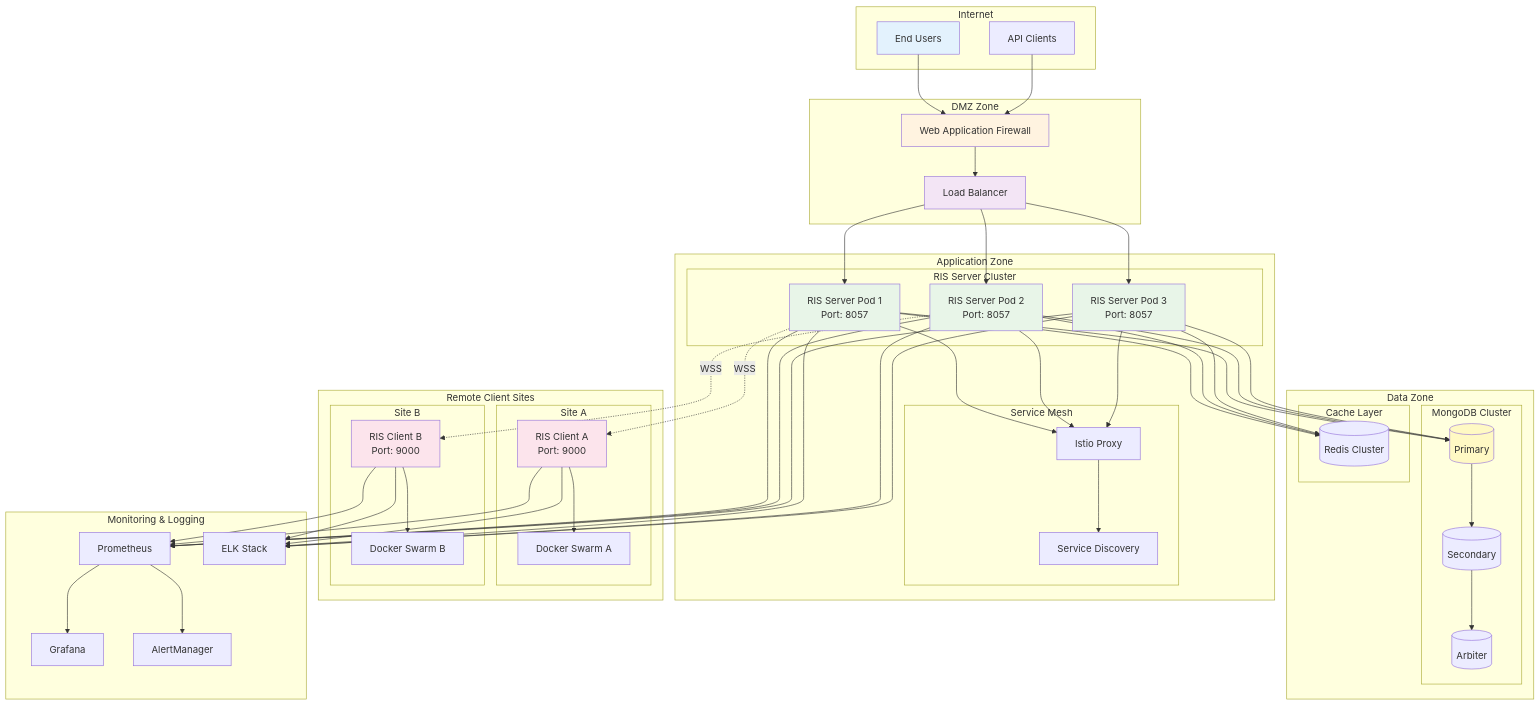
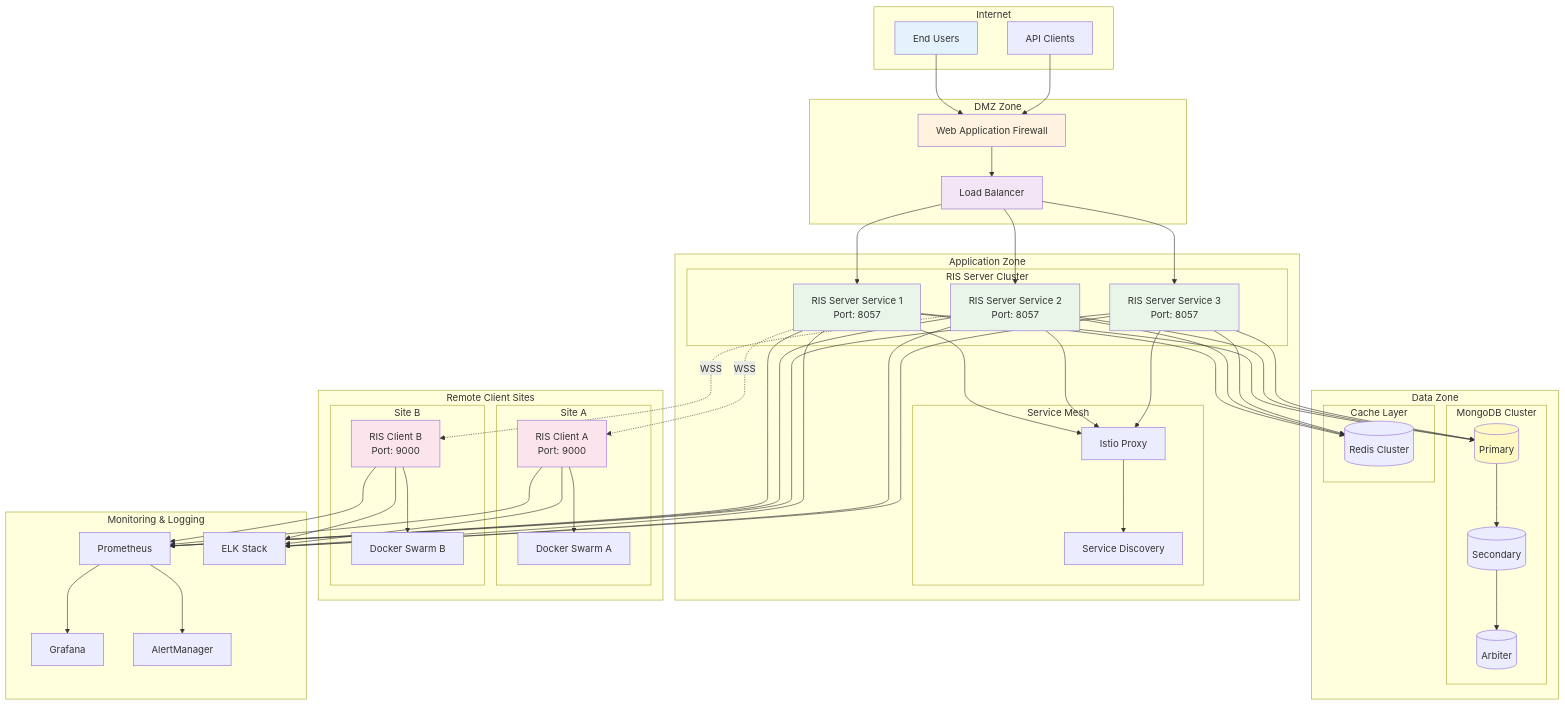
The third of 19 diagrams in securaa-ris-high-level-design.md (Vishwa0220/securaa-internal-documents), drawn with Mermaid before and after one commit. The commit also changed other lines of this file, not shown here.

Commit message:
Update RIS documentation to use Docker Swarm instead of Kubernetes

```diff
--- a/securaa-ris-high-level-design.md
+++ b/securaa-ris-high-level-design.md
@@ -341,9 +341,9 @@
     
     subgraph "Application Zone"
         subgraph "RIS Server Cluster"
-            RS1[RIS Server Pod 1<br/>Port: 8057]
-            RS2[RIS Server Pod 2<br/>Port: 8057]
-            RS3[RIS Server Pod 3<br/>Port: 8057]
+            RS1[RIS Server Service 1<br/>Port: 8057]
+            RS2[RIS Server Service 2<br/>Port: 8057]
+            RS3[RIS Server Service 3<br/>Port: 8057]
         end
         
         subgraph "Service Mesh"
```
